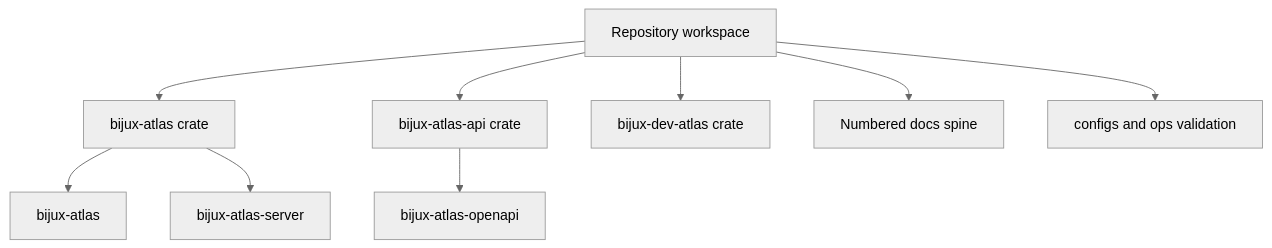
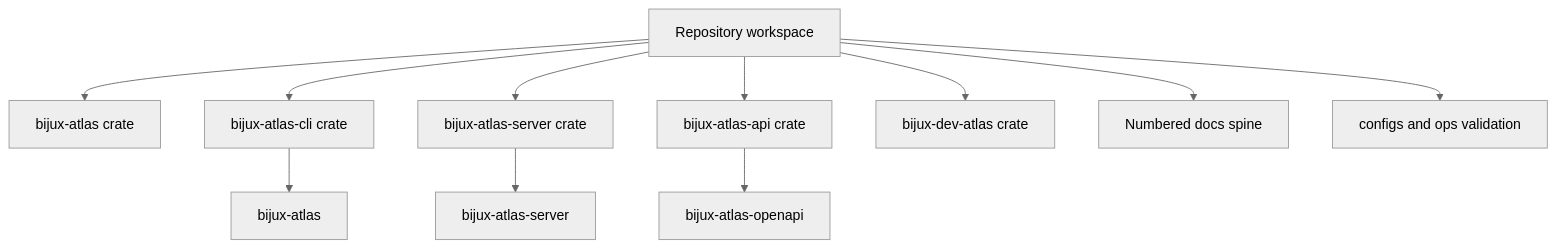
One commit to bijux/bijux-atlas changed the second of 5 diagrams in README.md. Above: the diagram before and after it, drawn with Mermaid (neutral theme). The commit also changed other lines of this file and 21 other files, not shown here.

Commit message:
docs(architecture): align atlas binaries with owner crates

````diff
--- a/README.md
+++ b/README.md
@@ -110,11 +110,13 @@
 ```mermaid
 flowchart TD
     Workspace[Repository workspace] --> Runtime[bijux-atlas crate]
+    Workspace --> CLI[bijux-atlas-cli crate]
+    Workspace --> ServerCrate[bijux-atlas-server crate]
     Workspace --> API[bijux-atlas-api crate]
     Workspace --> ControlPlane[bijux-dev-atlas crate]
-    Runtime --> RuntimeCLI[bijux-atlas]
-    Runtime --> Server[bijux-atlas-server]
+    CLI --> RuntimeCLI[bijux-atlas]
+    ServerCrate --> Server[bijux-atlas-server]
     API --> OpenAPI[bijux-atlas-openapi]
     Workspace --> Docs[Numbered docs spine]
     Workspace --> Governance[configs and ops validation]
 ```
````
